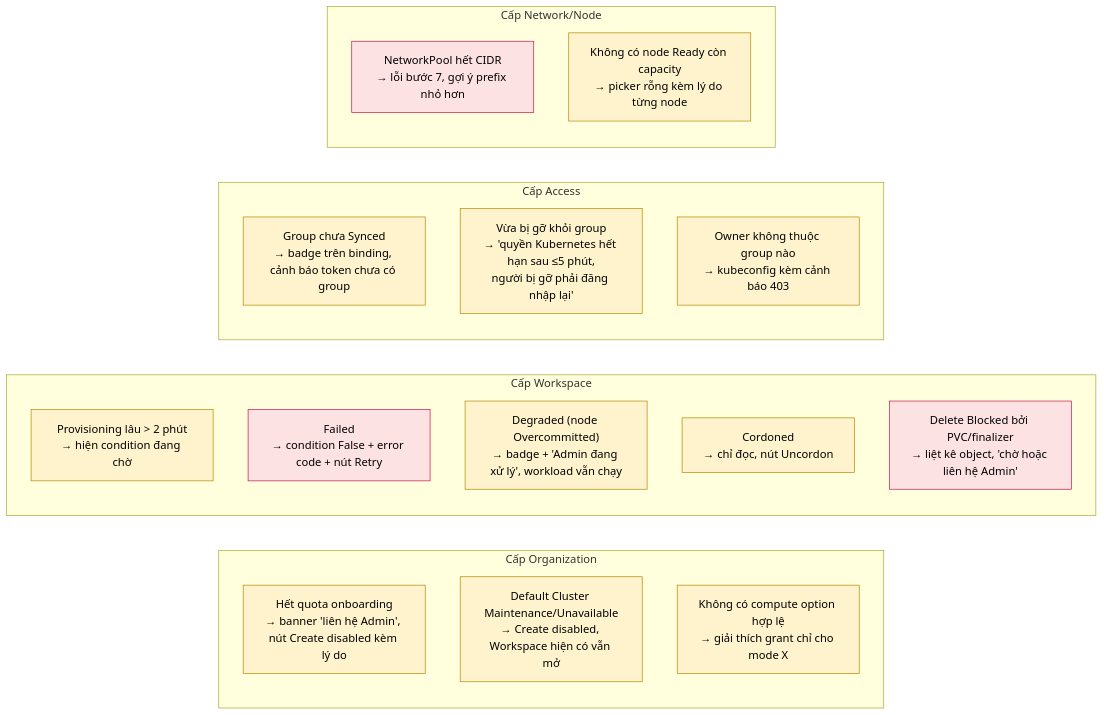
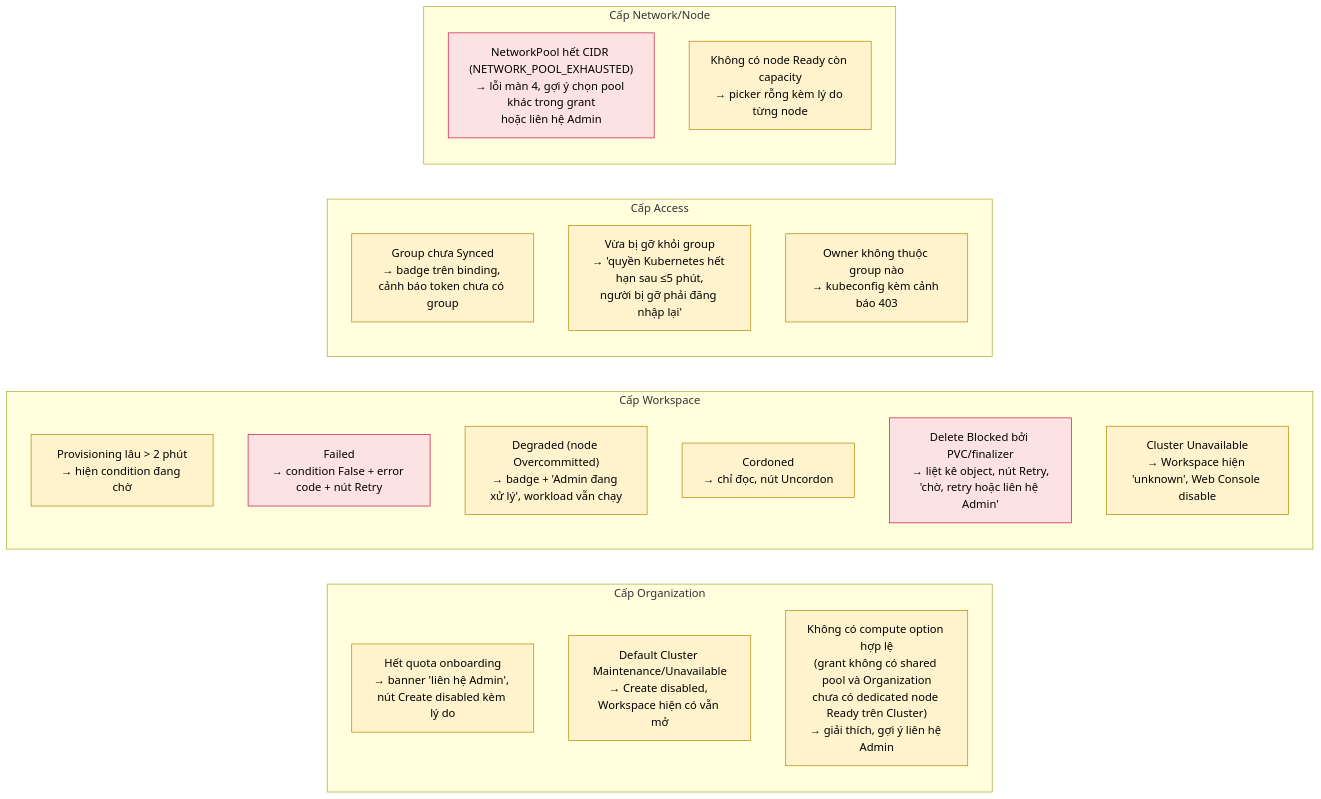
One commit to thaihoc1310/tenantry changed the fifth of 6 diagrams in docs/architecture/07-ux-wireflow.md. Above: the diagram before and after it, drawn with Mermaid. The commit also changed other lines of this file and 14 other files, not shown here.

Commit message:
docs: full review of M0-M12 with org slugs without hyphens, one shared quota per Workspace, tenant RoleBinding and network admission policies, kube-proxy local detection by interface, in-app ownership transfer, missing endpoints, and demo numbers that fit the lab

````diff
--- a/docs/architecture/07-ux-wireflow.md
+++ b/docs/architecture/07-ux-wireflow.md
@@ -182,28 +184,29 @@
 ```mermaid
 flowchart LR
   classDef ok fill:#e2f0d9,stroke:#2d6a4f,color:#000
   classDef warn fill:#fff3cd,stroke:#b58900,color:#000
   classDef bad fill:#fde2e4,stroke:#c9184a,color:#000
 
   subgraph Org["Cấp Organization"]
     O1["Hết quota onboarding<br/>→ banner 'liên hệ Admin', nút Create disabled kèm lý do"]:::warn
     O2["Default Cluster Maintenance/Unavailable<br/>→ Create disabled, Workspace hiện có vẫn mở"]:::warn
-    O3["Không có compute option hợp lệ<br/>→ giải thích grant chỉ cho mode X"]:::warn
+    O3["Không có compute option hợp lệ<br/>(grant không có shared pool và Organization<br/>chưa có dedicated node Ready trên Cluster)<br/>→ giải thích, gợi ý liên hệ Admin"]:::warn
   end
   subgraph WS["Cấp Workspace"]
     W1["Provisioning lâu > 2 phút<br/>→ hiện condition đang chờ"]:::warn
     W2["Failed<br/>→ condition False + error code + nút Retry"]:::bad
     W3["Degraded (node Overcommitted)<br/>→ badge + 'Admin đang xử lý', workload vẫn chạy"]:::warn
     W4["Cordoned<br/>→ chỉ đọc, nút Uncordon"]:::warn
-    W5["Delete Blocked bởi PVC/finalizer<br/>→ liệt kê object, 'chờ hoặc liên hệ Admin'"]:::bad
+    W5["Delete Blocked bởi PVC/finalizer<br/>→ liệt kê object, nút Retry,<br/>'chờ, retry hoặc liên hệ Admin'"]:::bad
+    W6["Cluster Unavailable<br/>→ Workspace hiện 'unknown', Web Console disable"]:::warn
   end
   subgraph Acc["Cấp Access"]
     A1["Group chưa Synced<br/>→ badge trên binding, cảnh báo token chưa có group"]:::warn
     A2["Vừa bị gỡ khỏi group<br/>→ 'quyền Kubernetes hết hạn sau ≤5 phút,<br/>người bị gỡ phải đăng nhập lại'"]:::warn
     A3["Owner không thuộc group nào<br/>→ kubeconfig kèm cảnh báo 403"]:::warn
   end
   subgraph Net["Cấp Network/Node"]
-    N1["NetworkPool hết CIDR<br/>→ lỗi bước 7, gợi ý prefix nhỏ hơn"]:::bad
+    N1["NetworkPool hết CIDR (NETWORK_POOL_EXHAUSTED)<br/>→ lỗi màn 4, gợi ý chọn pool khác trong grant<br/>hoặc liên hệ Admin"]:::bad
     N2["Không có node Ready còn capacity<br/>→ picker rỗng kèm lý do từng node"]:::warn
   end
 ```
````
